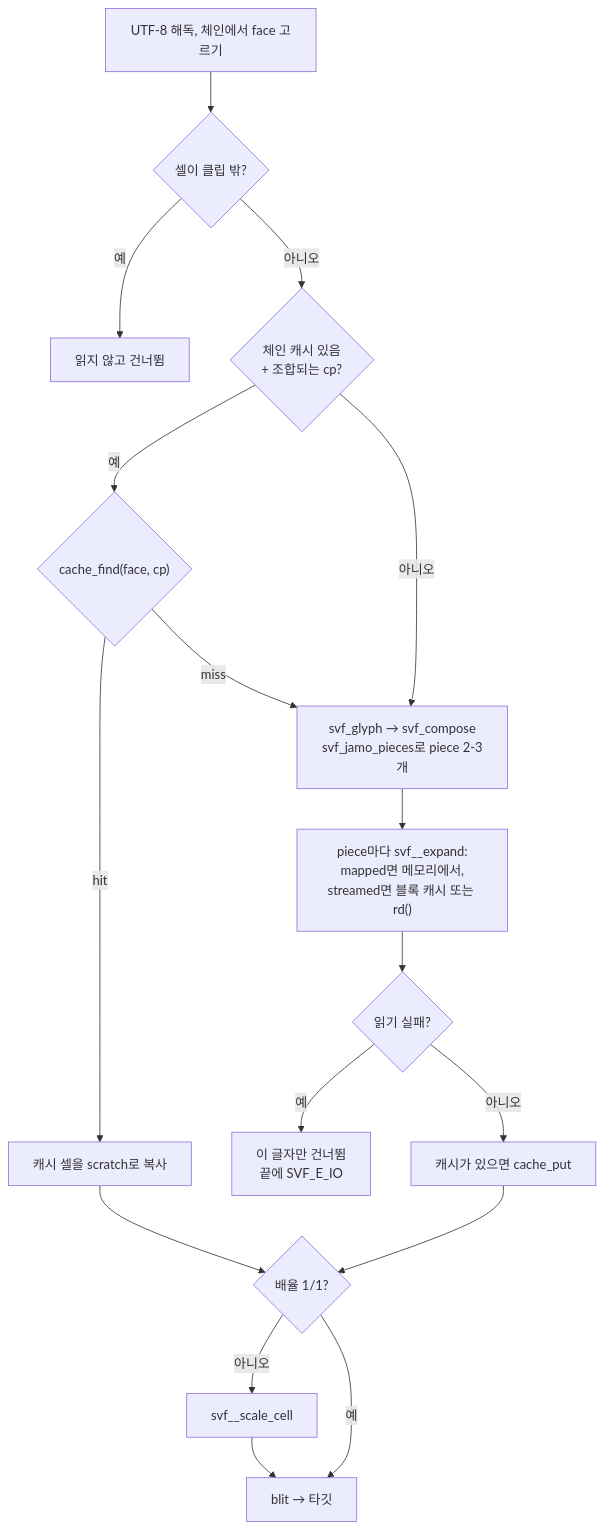
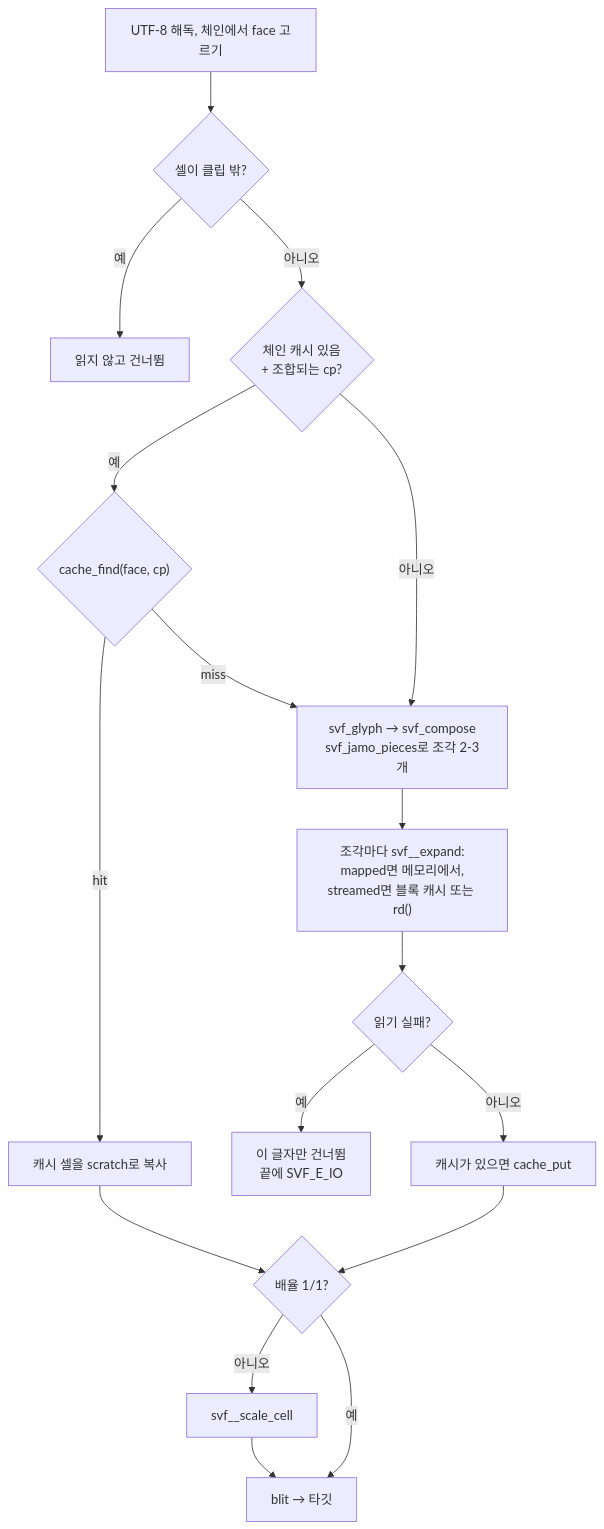
Diagram 25 of 27 in docs/jamo-sets.ko.md (TaehyunKimLL/svf-fonts-open), drawn with Mermaid before and after one commit. The commit also changed other lines of this file and 3 other files, not shown here.

````diff
--- a/docs/jamo-sets.ko.md
+++ b/docs/jamo-sets.ko.md
@@ -1165,19 +1172,19 @@
 ```mermaid
 flowchart TD
   A["UTF-8 해독, 체인에서 face 고르기"] --> B{"셀이 클립 밖?"}
   B -->|예| N["읽지 않고 건너뜀"]
   B -->|아니오| C{"체인 캐시 있음<br/>+ 조합되는 cp?"}
   C -->|예| D{"cache_find(face, cp)"}
   D -->|hit| M["캐시 셀을 scratch로 복사"]
   D -->|miss| G
-  C -->|아니오| G["svf_glyph → svf_compose<br/>svf_jamo_pieces로 piece 2-3개"]
-  G --> P["piece마다 svf__expand:<br/>mapped면 메모리에서,<br/>streamed면 블록 캐시 또는 rd()"]
+  C -->|아니오| G["svf_glyph → svf_compose<br/>svf_jamo_pieces로 조각 2-3개"]
+  G --> P["조각마다 svf__expand:<br/>mapped면 메모리에서,<br/>streamed면 블록 캐시 또는 rd()"]
   P --> R{"읽기 실패?"}
   R -->|예| IO["이 글자만 건너뜀<br/>끝에 SVF_E_IO"]
   R -->|아니오| PUT["캐시가 있으면 cache_put"]
   PUT --> SC
   M --> SC{"배율 1/1?"}
   SC -->|아니오| SL["svf__scale_cell"]
   SC -->|예| BL["blit → 타깃"]
   SL --> BL
 ```
````
